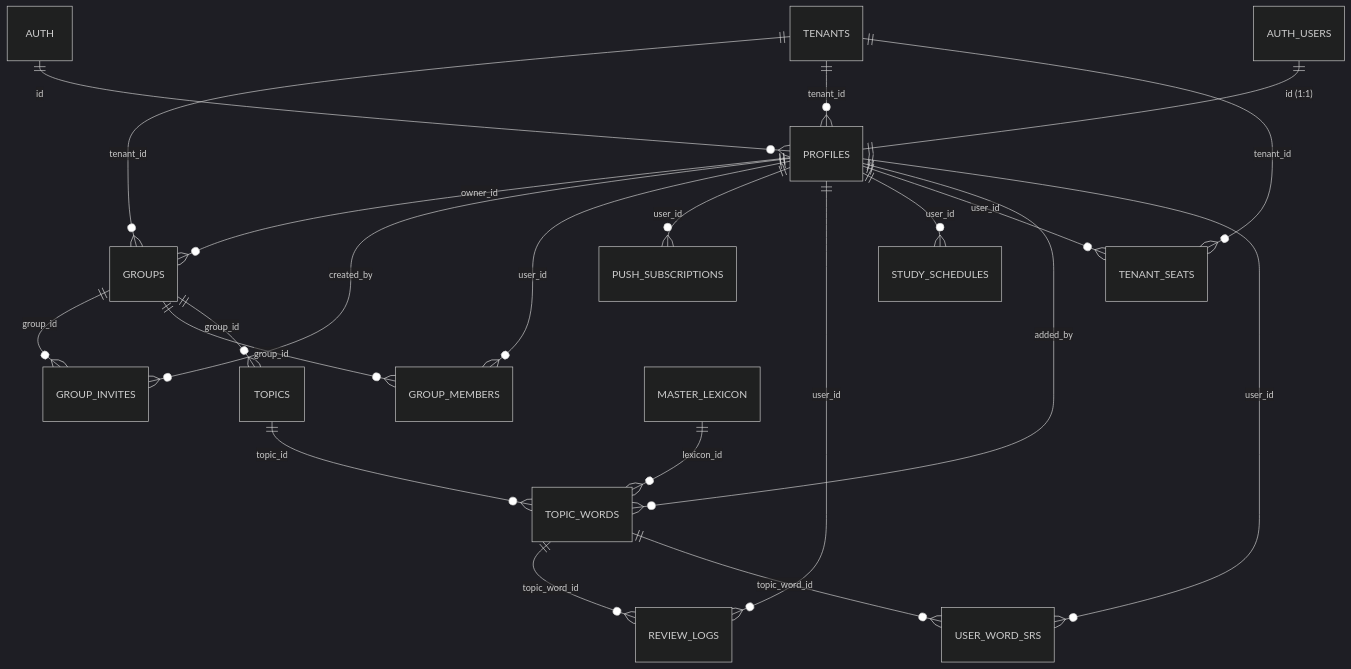
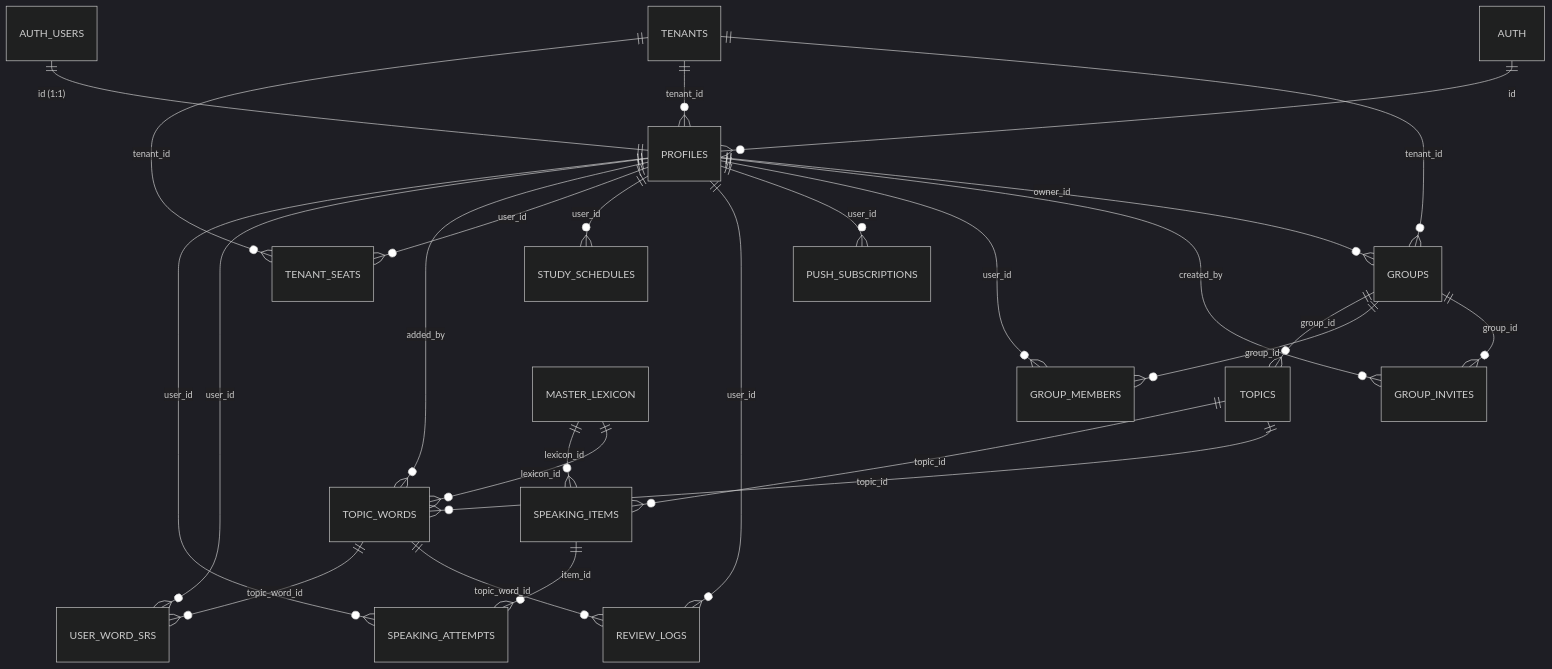
Before and after one commit to dygoacademy/com.dygoacademy.english: the diagram in dygo_academy_database_dictionary.md, drawn with Mermaid (dark theme). The commit also changed other lines of this file and 5 other files, not shown here.

````diff
--- a/dygo_academy_database_dictionary.md
+++ b/dygo_academy_database_dictionary.md
@@ -52,24 +54,28 @@
 ```mermaid
 erDiagram
     AUTH ||--o{ PROFILES : "id"
     GROUPS ||--o{ GROUP_INVITES : "group_id"
     GROUPS ||--o{ GROUP_MEMBERS : "group_id"
     GROUPS ||--o{ TOPICS : "group_id"
     MASTER_LEXICON ||--o{ TOPIC_WORDS : "lexicon_id"
     PROFILES ||--o{ GROUPS : "owner_id"
     PROFILES ||--o{ GROUP_INVITES : "created_by"
     PROFILES ||--o{ GROUP_MEMBERS : "user_id"
     PROFILES ||--o{ PUSH_SUBSCRIPTIONS : "user_id"
     PROFILES ||--o{ REVIEW_LOGS : "user_id"
     PROFILES ||--o{ STUDY_SCHEDULES : "user_id"
     PROFILES ||--o{ TENANT_SEATS : "user_id"
     PROFILES ||--o{ TOPIC_WORDS : "added_by"
     PROFILES ||--o{ USER_WORD_SRS : "user_id"
     TENANTS ||--o{ GROUPS : "tenant_id"
     TENANTS ||--o{ PROFILES : "tenant_id"
     TENANTS ||--o{ TENANT_SEATS : "tenant_id"
     TOPICS ||--o{ TOPIC_WORDS : "topic_id"
     TOPIC_WORDS ||--o{ REVIEW_LOGS : "topic_word_id"
     TOPIC_WORDS ||--o{ USER_WORD_SRS : "topic_word_id"
+    MASTER_LEXICON ||--o{ SPEAKING_ITEMS : "lexicon_id"
+    TOPICS ||--o{ SPEAKING_ITEMS : "topic_id"
+    SPEAKING_ITEMS ||--o{ SPEAKING_ATTEMPTS : "item_id"
+    PROFILES ||--o{ SPEAKING_ATTEMPTS : "user_id"
     AUTH_USERS ||--|| PROFILES : "id (1:1)"
 ```
````
